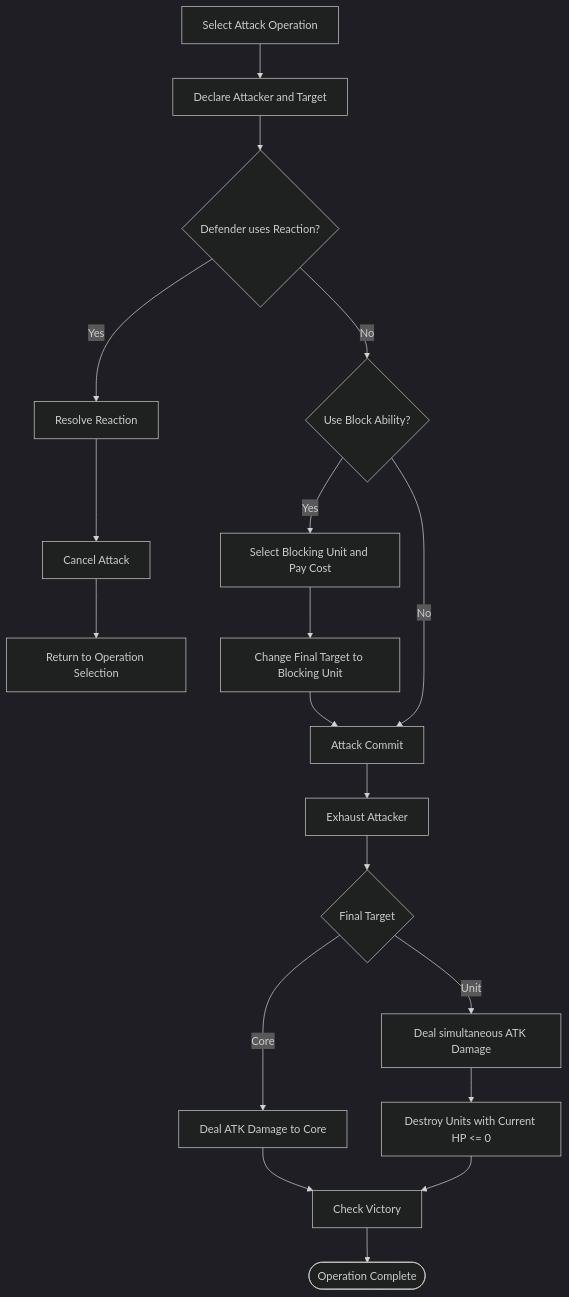
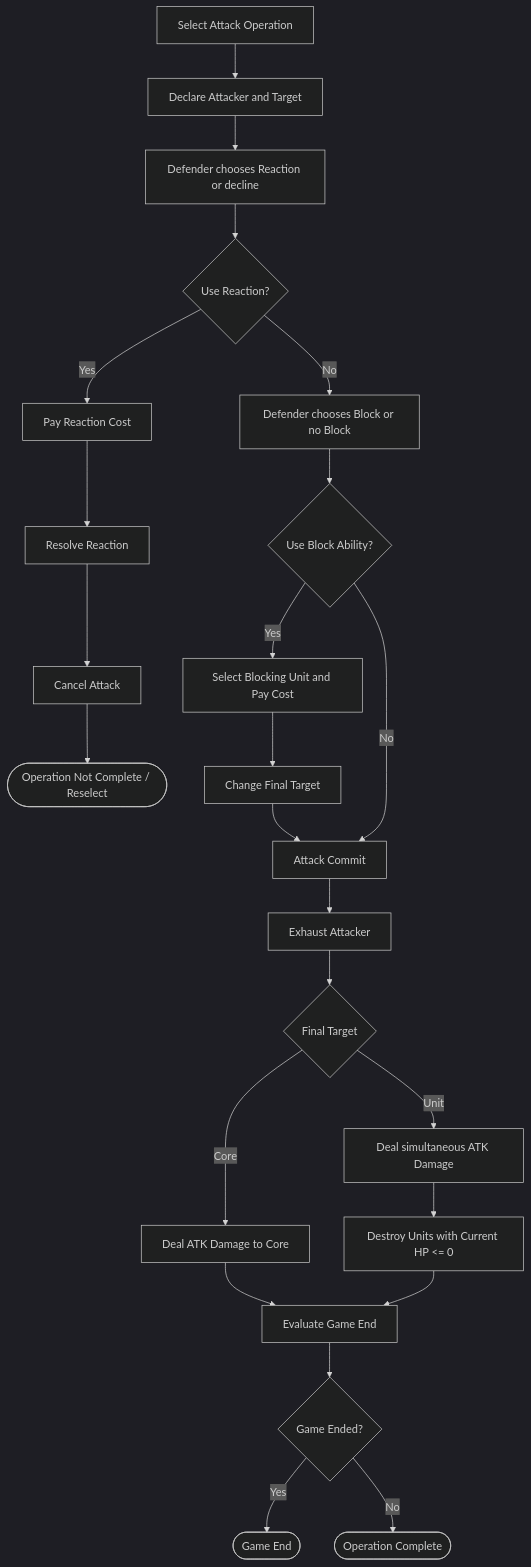
One commit to kjun1/card-game changed the diagram in docs/process/attack-flow.md. Above: the diagram before and after it, drawn with Mermaid (dark theme). The commit also changed other lines of this file and 9 other files, not shown here.

```diff
--- a/docs/process/attack-flow.md
+++ b/docs/process/attack-flow.md
@@ -9,24 +11,29 @@
 ~~~mermaid
 flowchart TD
     S[Select Attack Operation] --> D[Declare Attacker and Target]
-    D --> R{Defender uses Reaction?}
+    D --> R[Defender chooses Reaction or decline]
+    R --> G{Use Reaction?}
 
-    R -- Yes --> RR[Resolve Reaction]
+    G -- Yes --> RC[Pay Reaction Cost]
+    RC --> RR[Resolve Reaction]
     RR --> X[Cancel Attack]
-    X --> O[Return to Operation Selection]
+    X --> O([Operation Not Complete / Reselect])
 
-    R -- No --> B{Use Block Ability?}
-    B -- Yes --> BC[Select Blocking Unit and Pay Cost]
-    BC --> BT[Change Final Target to Blocking Unit]
+    G -- No --> B[Defender chooses Block or no Block]
+    B --> BG{Use Block Ability?}
+    BG -- Yes --> BC[Select Blocking Unit and Pay Cost]
+    BC --> BT[Change Final Target]
     BT --> C[Attack Commit]
 
-    B -- No --> C
+    BG -- No --> C
     C --> E[Exhaust Attacker]
     E --> T{Final Target}
     T -- Core --> CD[Deal ATK Damage to Core]
     T -- Unit --> UD[Deal simultaneous ATK Damage]
-    CD --> V[Check Victory]
     UD --> K[Destroy Units with Current HP <= 0]
+    CD --> V[Evaluate Game End]
     K --> V
-    V --> F([Operation Complete])
+    V --> F{Game Ended?}
+    F -- Yes --> GE([Game End])
+    F -- No --> OC([Operation Complete])
 ~~~
```
